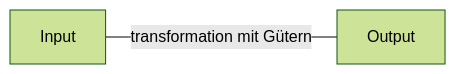
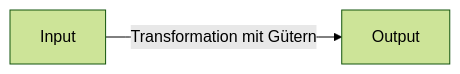
One commit to t128n/open-fidup changed the diagram in src/content/docs/lerninhalte/geschaeftsprozess.md. Above: the diagram before and after it, drawn with Mermaid (forest theme). The commit also changed other lines of this file and 491 other files, not shown here.

````diff
--- a/src/content/docs/lerninhalte/geschaeftsprozess.md
+++ b/src/content/docs/lerninhalte/geschaeftsprozess.md
@@ -10,5 +8,4 @@
 ```mermaid
 flowchart LR
-
-	Input-- transformation mit Gütern ---Output
+    Input -->|Transformation mit Gütern| Output
 ```
````
